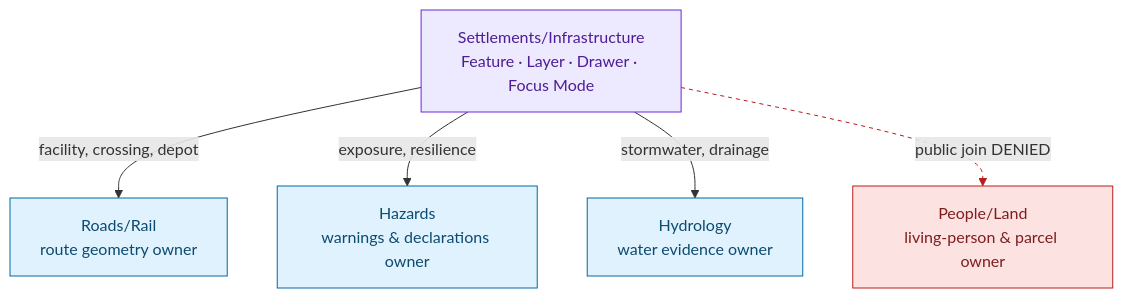
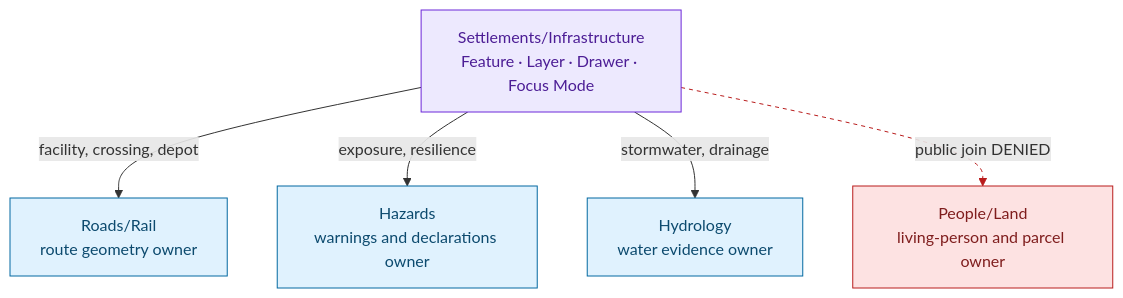
One commit to bartytime4life/Kansas-Frontier-Matrix changed the second of 2 diagrams in docs/domains/settlements-infrastructure/API_CONTRACTS.md. Above: the diagram before and after it, drawn with Mermaid. The commit also changed other lines of this file, not shown here.

````diff
--- a/docs/domains/settlements-infrastructure/API_CONTRACTS.md
+++ b/docs/domains/settlements-infrastructure/API_CONTRACTS.md
@@ -381,20 +410,20 @@
 ```mermaid
 flowchart TB
     classDef this fill:#ede9fe,stroke:#6d28d9,color:#4c1d95
     classDef lane fill:#e0f2fe,stroke:#0369a1,color:#0c4a6e
     classDef deny fill:#fde2e2,stroke:#b91c1c,color:#7f1d1d
 
-    SI[Settlements/Infrastructure<br/>Feature · Layer · Drawer · Focus Mode]:::this
+    SI["Settlements/Infrastructure<br/>Feature · Layer · Drawer · Focus Mode"]:::this
 
-    RR[Roads/Rail<br/>route geometry owner]:::lane
-    HZ[Hazards<br/>warnings & declarations owner]:::lane
-    HY[Hydrology<br/>water evidence owner]:::lane
-    PL[People/Land<br/>living-person & parcel owner]:::lane
+    RR["Roads/Rail<br/>route geometry owner"]:::lane
+    HZ["Hazards<br/>warnings and declarations owner"]:::lane
+    HY["Hydrology<br/>water evidence owner"]:::lane
+    PL["People/Land<br/>living-person and parcel owner"]:::lane
 
-    SI -->|facility, crossing, depot| RR
-    SI -->|exposure, resilience| HZ
-    SI -->|stormwater, drainage| HY
-    SI -.->|public join DENIED| PL:::deny
+    SI -->|"facility, crossing, depot"| RR
+    SI -->|"exposure, resilience"| HZ
+    SI -->|"stormwater, drainage"| HY
+    SI -.->|"public join DENIED"| PL:::deny
 
     linkStyle 3 stroke:#b91c1c,stroke-dasharray:4 4
 ```
````
